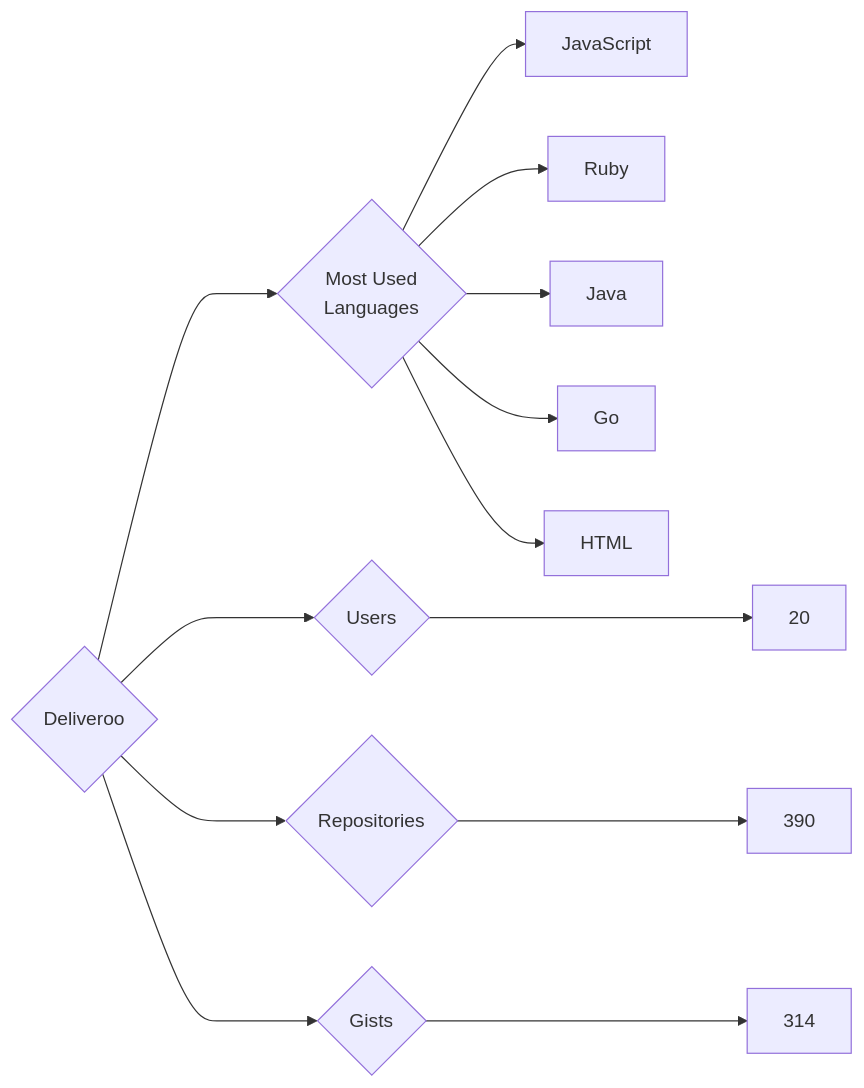
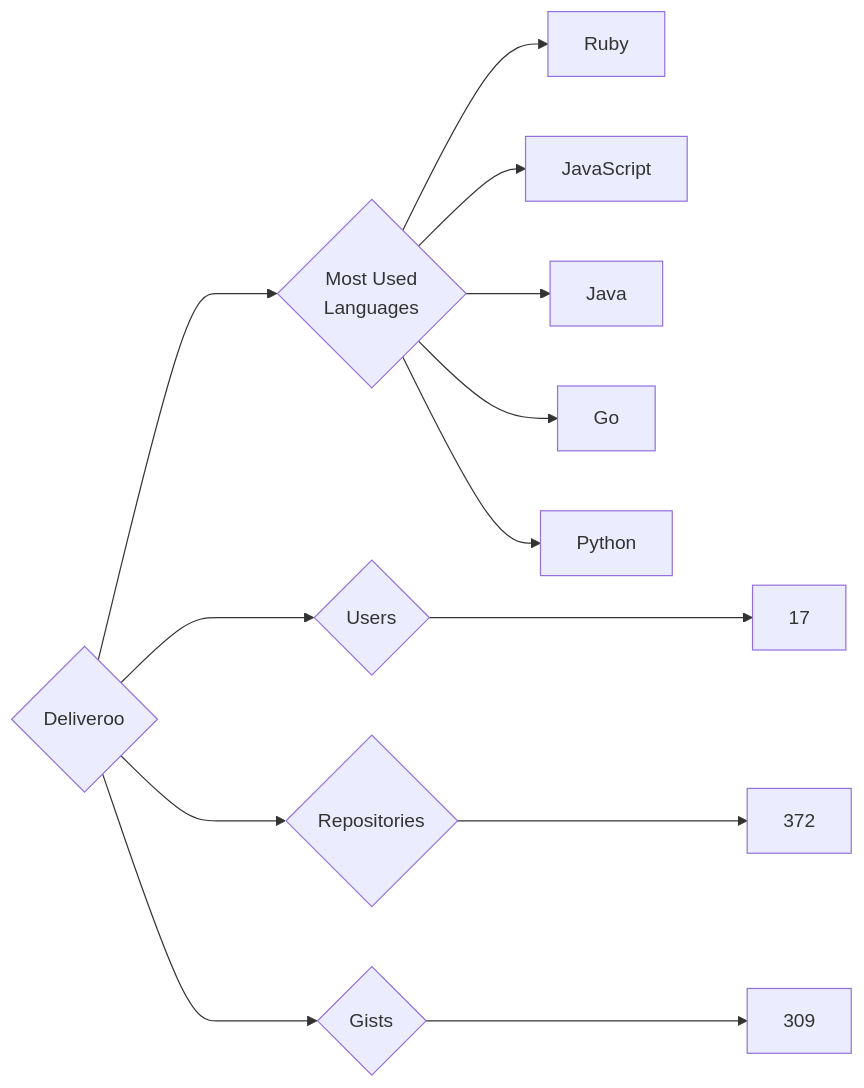
Before and after one commit to trickest/insiders: the diagram in targets/Deliveroo/README.md, drawn with Mermaid. The commit also changed 1030 other files, not shown here.

````diff
--- a/targets/Deliveroo/README.md
+++ b/targets/Deliveroo/README.md
@@ -3,13 +3,13 @@
 ```mermaid
 graph LR
 COMPANY_NAME{Deliveroo}
-COMPANY_NAME ---> U{Users} ---> UN[20]
-COMPANY_NAME ---> R{Repositories} ---> RN[390]
-COMPANY_NAME ---> G{Gists} ---> GN[314]
+COMPANY_NAME ---> U{Users} ---> UN[17]
+COMPANY_NAME ---> R{Repositories} ---> RN[372]
+COMPANY_NAME ---> G{Gists} ---> GN[309]
 COMPANY_NAME ---> ML{Most Used<br>Languages}
+ML --> Ruby[Ruby]
 ML --> JavaScript[JavaScript]
-ML --> Ruby[Ruby]
 ML --> Java[Java]
 ML --> Go[Go]
-ML --> HTML[HTML]
+ML --> Python[Python]
 ```
````
